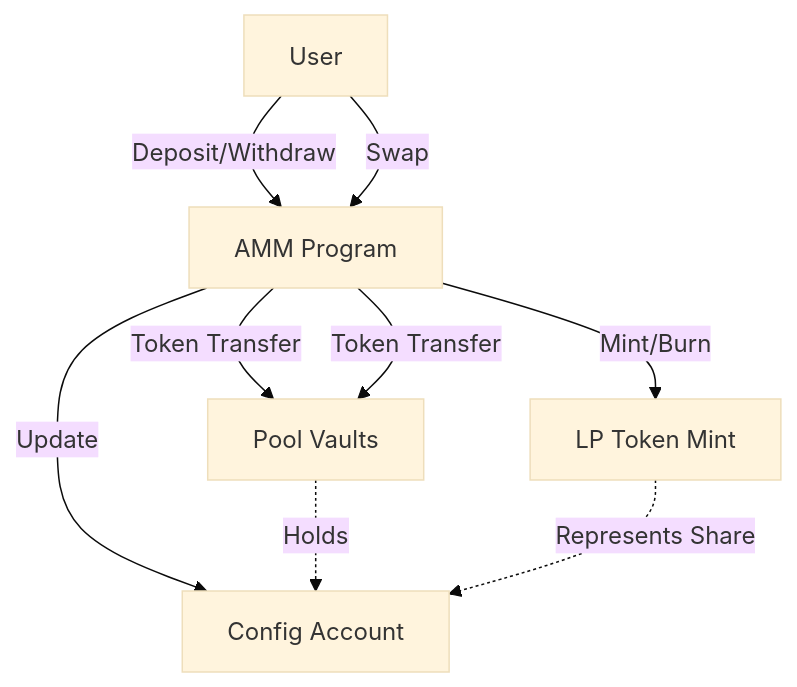
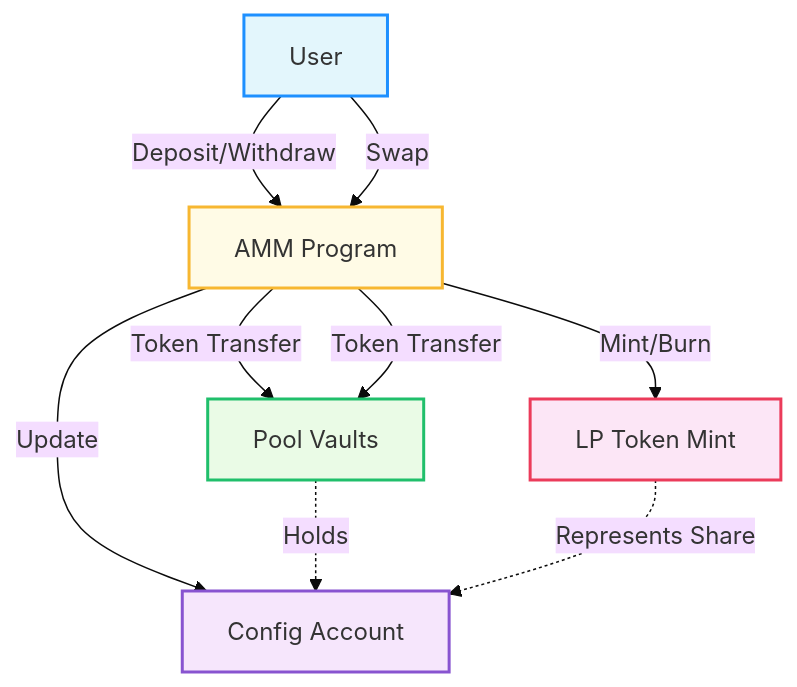
One commit to tothemoon023/Q3_Solana_AMM changed the first of 2 diagrams in README.md. Above: the diagram before and after it, drawn with Mermaid (base theme). The commit also changed other lines of this file, not shown here.

````diff
--- a/README.md
+++ b/README.md
@@ -47,11 +91,16 @@
 ```mermaid
 flowchart TD
-    A["User"] -->|"Deposit/Withdraw"| B["AMM Program"]
-    B -->|"Token Transfer"| C["Pool Vaults"]
-    B -->|"Mint/Burn"| D["LP Token Mint"]
-    B -->|"Update"| E["Config Account"]
-    A -->|"Swap"| B
-    B -->|"Token Transfer"| C
+    A["User"] -- "Deposit/Withdraw" --> B["AMM Program"]
+    B -- "Token Transfer" --> C["Pool Vaults"]
+    B -- "Mint/Burn" --> D["LP Token Mint"]
+    B -- "Update" --> E["Config Account"]
+    A -- "Swap" --> B
+    B -- "Token Transfer" --> C
     C -.->|"Holds"| E
     D -.->|"Represents Share"| E
+    style A fill:#e3f6fc,stroke:#1e90ff,stroke-width:2px
+    style B fill:#fffbe6,stroke:#f7b731,stroke-width:2px
+    style C fill:#eafbe6,stroke:#20bf6b,stroke-width:2px
+    style D fill:#fce6f6,stroke:#eb3b5a,stroke-width:2px
+    style E fill:#f6e6fc,stroke:#8854d0,stroke-width:2px
 ```
````
